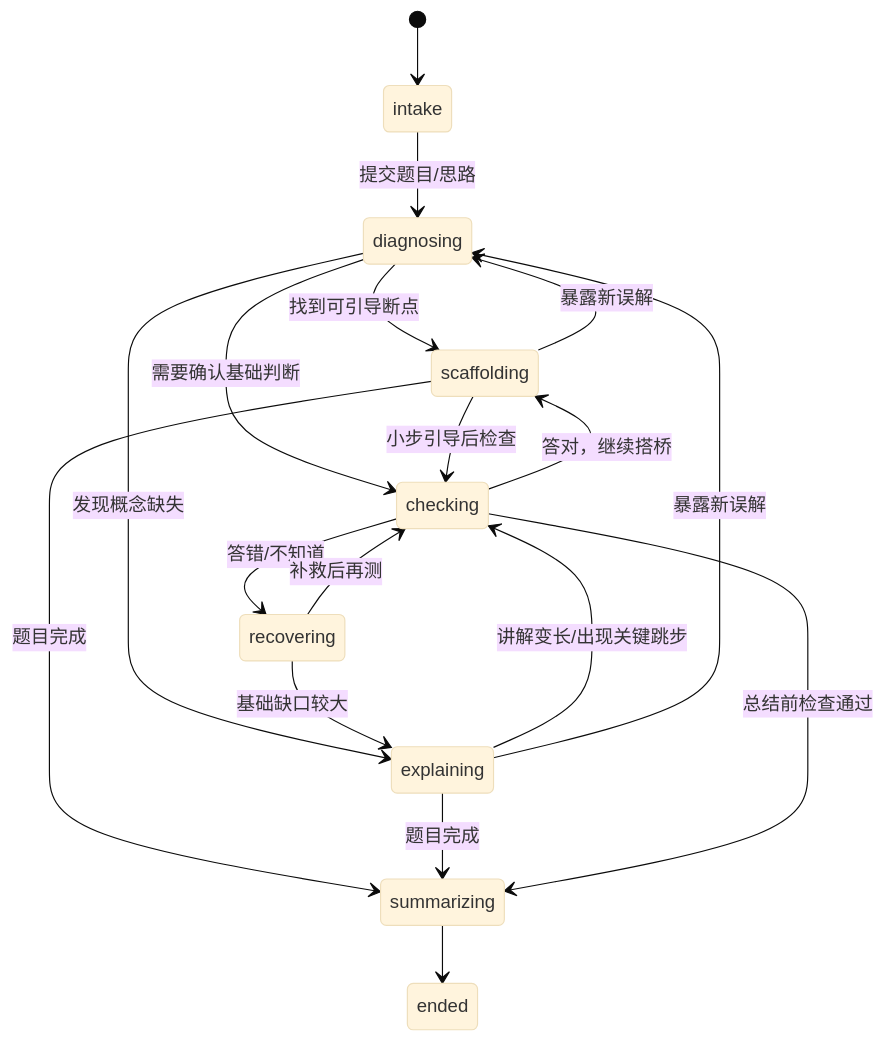
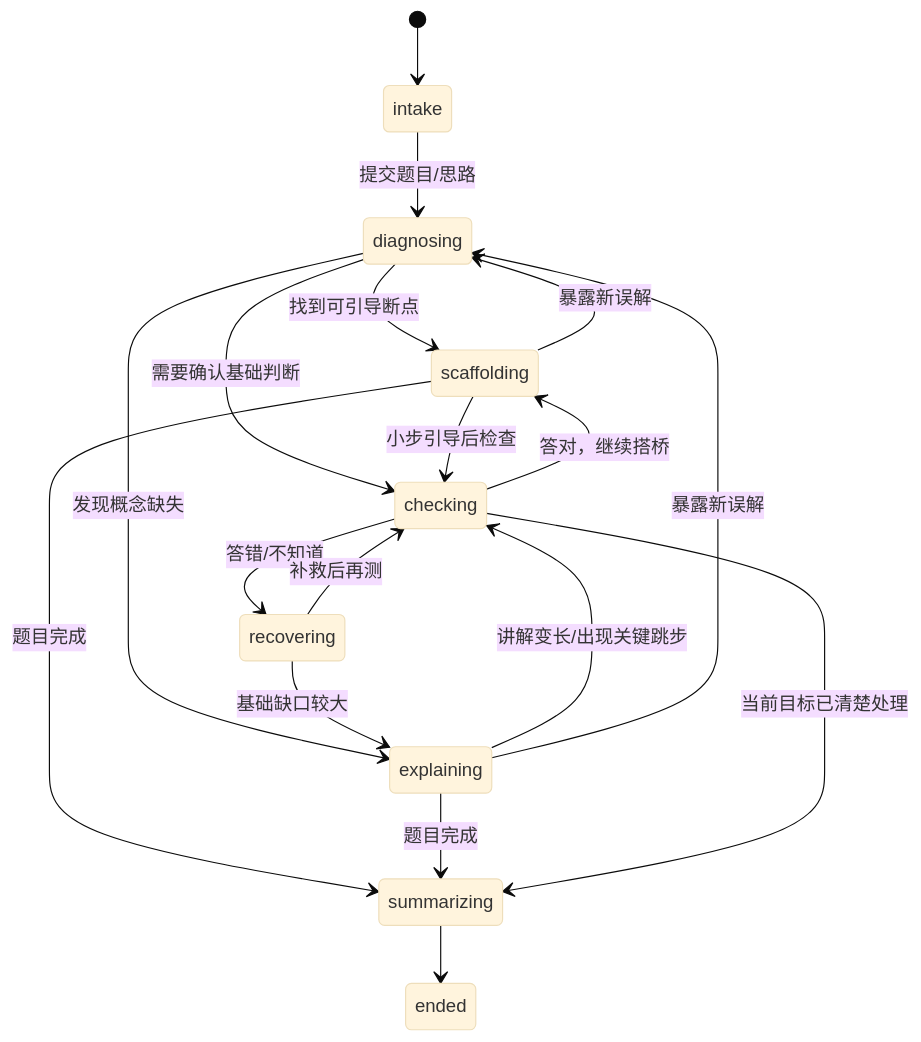
One commit to robbinpanda/Diagnostic-teaching changed the first of 3 diagrams in docs/tutoring-agent-mvp-dev-doc-v0.2.md. Above: the diagram before and after it, drawn with Mermaid (base theme). The commit also changed other lines of this file and 7 other files, not shown here.

Commit message:
Simplify tutoring action flow

````diff
--- a/docs/tutoring-agent-mvp-dev-doc-v0.2.md
+++ b/docs/tutoring-agent-mvp-dev-doc-v0.2.md
@@ -254,20 +250,20 @@
 ```mermaid
 stateDiagram-v2
     [*] --> intake
     intake --> diagnosing: 提交题目/思路
     diagnosing --> scaffolding: 找到可引导断点
     diagnosing --> explaining: 发现概念缺失
     diagnosing --> checking: 需要确认基础判断
     scaffolding --> checking: 小步引导后检查
     explaining --> checking: 讲解变长/出现关键跳步
     checking --> scaffolding: 答对，继续搭桥
     checking --> recovering: 答错/不知道
     recovering --> checking: 补救后再测
     recovering --> explaining: 基础缺口较大
     scaffolding --> summarizing: 题目完成
     explaining --> summarizing: 题目完成
-    checking --> summarizing: 总结前检查通过
+    checking --> summarizing: 当前目标已清楚处理
     summarizing --> ended
     explaining --> diagnosing: 暴露新误解
     scaffolding --> diagnosing: 暴露新误解
 ```
````
